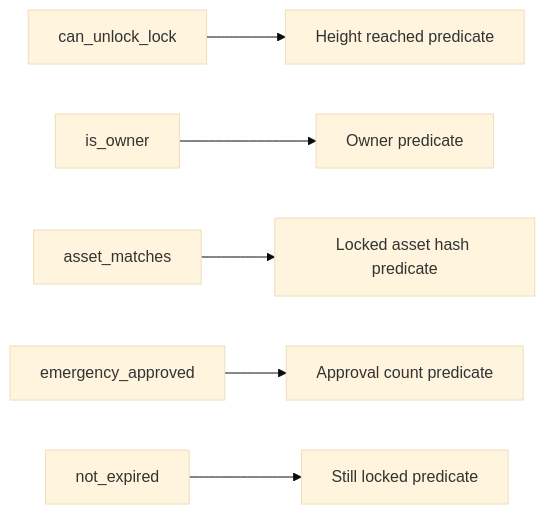
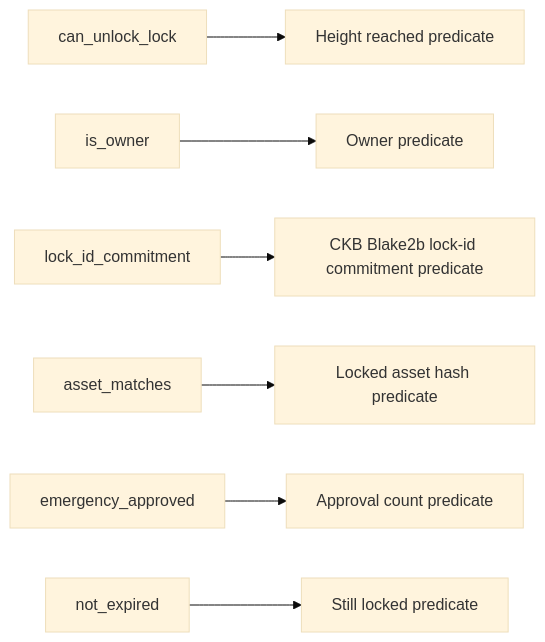
The ninth of 12 diagrams in docs/CELLSCRIPT_EXAMPLE_BUSINESS_FLOWS.md (CellScript-Labs/CellScript), drawn with Mermaid (base theme) before and after one commit. The commit also changed other lines of this file and 46 other files, not shown here.

````diff
--- a/docs/CELLSCRIPT_EXAMPLE_BUSINESS_FLOWS.md
+++ b/docs/CELLSCRIPT_EXAMPLE_BUSINESS_FLOWS.md
@@ -300,8 +314,9 @@
 ```mermaid
 flowchart LR
     A["can_unlock_lock"] --> B["Height reached predicate"]
     C["is_owner"] --> D["Owner predicate"]
-    E["asset_matches"] --> F["Locked asset hash predicate"]
-    G["emergency_approved"] --> H["Approval count predicate"]
-    I["not_expired"] --> J["Still locked predicate"]
+    E["lock_id_commitment"] --> F["CKB Blake2b lock-id commitment predicate"]
+    G["asset_matches"] --> H["Locked asset hash predicate"]
+    I["emergency_approved"] --> J["Approval count predicate"]
+    K["not_expired"] --> L["Still locked predicate"]
 ```
````
